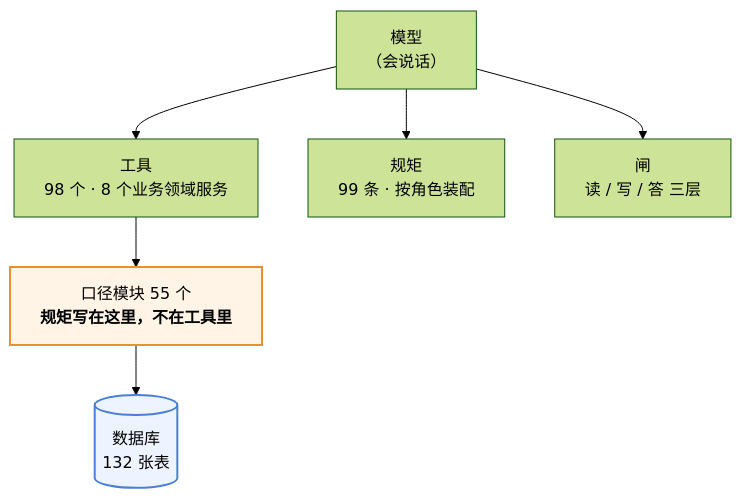
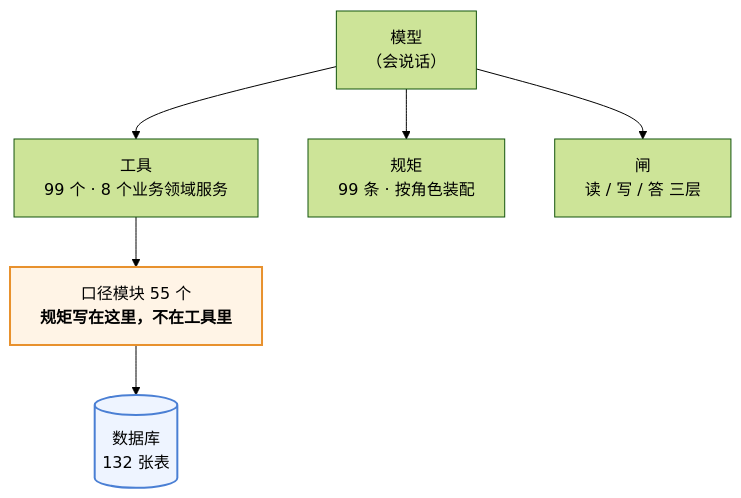
The first of 3 diagrams in 澜绣云裳agent-产品说明.md (843773296-rgb/lanxiu-yunshang-agent), drawn with Mermaid (forest theme) before and after one commit. The commit also changed other lines of this file and 15 other files, not shown here.

````diff
--- a/澜绣云裳agent-产品说明.md
+++ b/澜绣云裳agent-产品说明.md
@@ -62,12 +62,12 @@
 ```mermaid
 flowchart TD
     M["模型<br/>（会说话）"]
-    M --> T["工具<br/>98 个 · 8 个业务领域服务"]
+    M --> T["工具<br/>99 个 · 8 个业务领域服务"]
     M --> R["规矩<br/>99 条 · 按角色装配"]
     M --> G["闸<br/>读 / 写 / 答 三层"]
     T --> K["口径模块 55 个<br/><b>规矩写在这里，不在工具里</b>"]
     K --> DB[("数据库<br/>132 张表")]
 
     style K fill:#fff4e6,stroke:#e8912d,stroke-width:2px
     style DB fill:#eef4ff,stroke:#4a7fd4,stroke-width:2px
 ```
````
